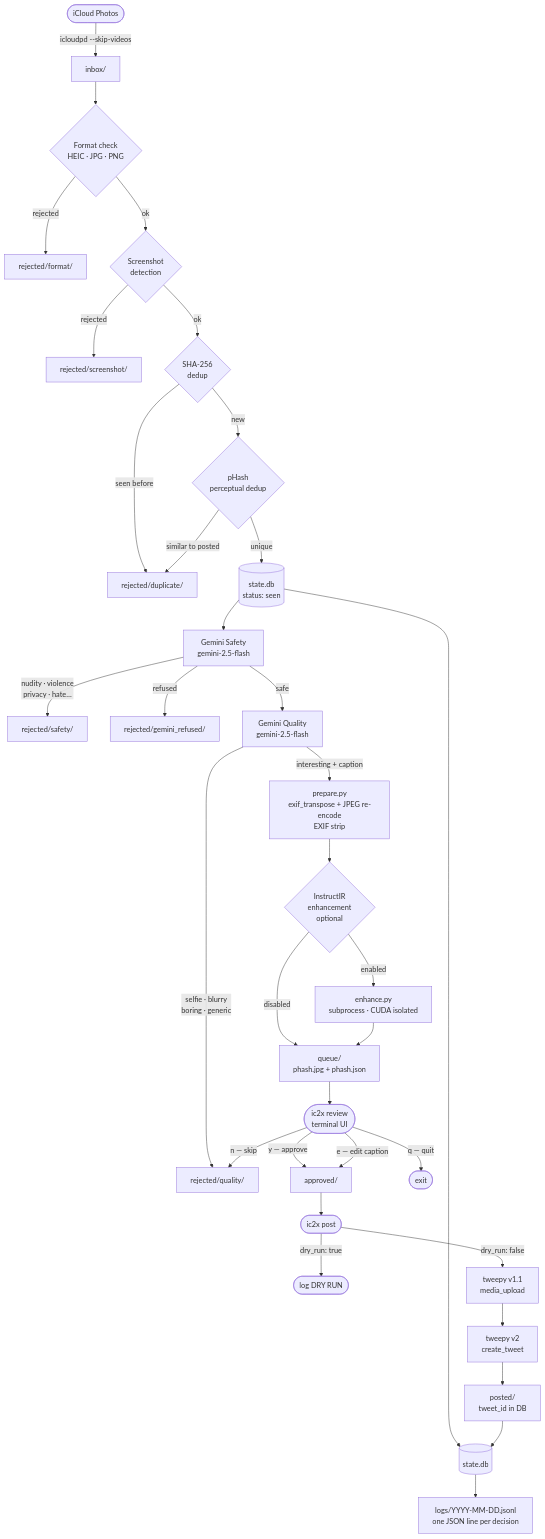
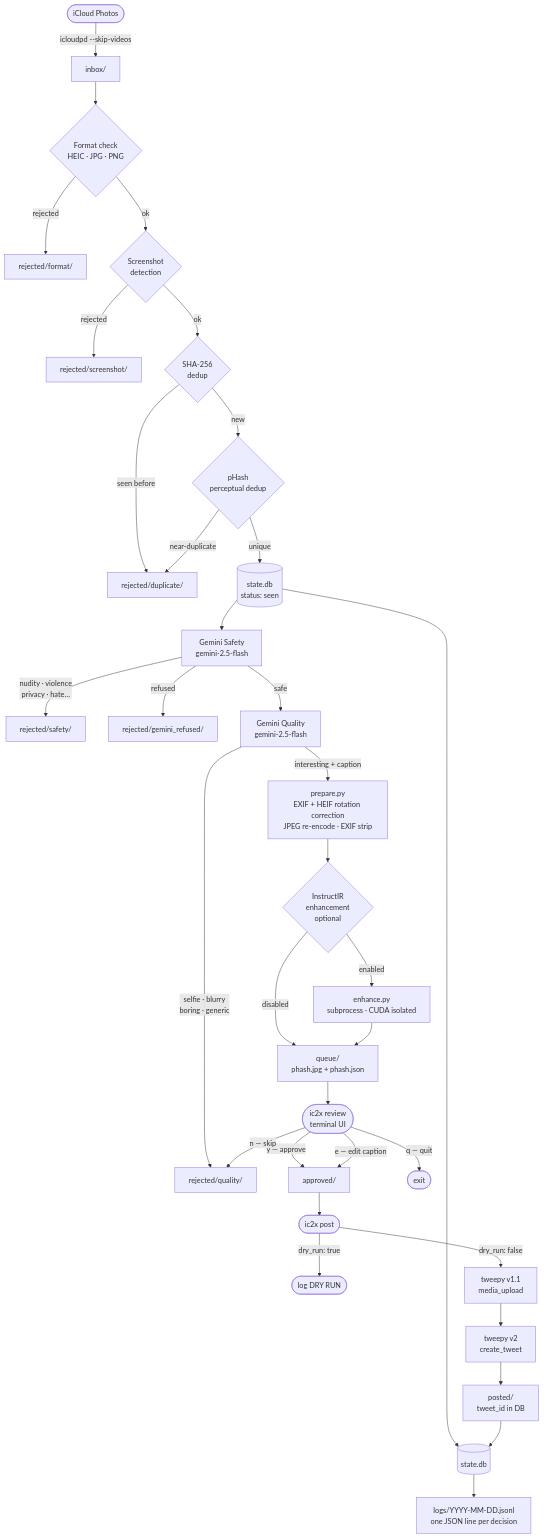
The diagram in README.md (JoschkaKoen/iCloudToXUploader), drawn with Mermaid before and after one commit. The commit also changed other lines of this file and 6 other files, not shown here.

````diff
--- a/README.md
+++ b/README.md
@@ -7,42 +7,42 @@
 ```mermaid
 flowchart TD
     A([iCloud Photos]) -->|icloudpd --skip-videos| B[inbox/]
 
     B --> C{Format check\nHEIC · JPG · PNG}
     C -->|rejected| R1[rejected/format/]
     C -->|ok| D{Screenshot\ndetection}
     D -->|rejected| R2[rejected/screenshot/]
     D -->|ok| E{SHA-256\ndedup}
     E -->|seen before| R3[rejected/duplicate/]
     E -->|new| F{pHash\nperceptual dedup}
-    F -->|similar to posted| R3
+    F -->|near-duplicate| R3
     F -->|unique| G[(state.db\nstatus: seen)]
 
     G --> H[Gemini Safety\ngemini-2.5-flash]
     H -->|nudity · violence\nprivacy · hate…| R4[rejected/safety/]
     H -->|refused| R5[rejected/gemini_refused/]
     H -->|safe| I[Gemini Quality\ngemini-2.5-flash]
     I -->|selfie · blurry\nboring · generic| R6[rejected/quality/]
-    I -->|interesting + caption| J[prepare.py\nexif_transpose + JPEG re-encode\nEXIF strip]
+    I -->|interesting + caption| J[prepare.py\nEXIF + HEIF rotation correction\nJPEG re-encode · EXIF strip]
 
     J --> K{InstructIR\nenhancement\noptional}
     K -->|enabled| L[enhance.py\nsubprocess · CUDA isolated]
     K -->|disabled| M
     L --> M[queue/\nphash.jpg + phash.json]
 
     M --> N([ic2x review\nterminal UI])
     N -->|y — approve| O[approved/]
     N -->|n — skip| R6
     N -->|e — edit caption| O
     N -->|q — quit| EXIT([exit])
 
     O --> P([ic2x post])
     P -->|dry_run: true| LOG([log DRY RUN])
     P -->|dry_run: false| Q[tweepy v1.1\nmedia_upload]
     Q --> R[tweepy v2\ncreate_tweet]
     R --> S[posted/\ntweet_id in DB]
 
     G --> DB[(state.db)]
     S --> DB
     DB --> LOGS[logs/YYYY-MM-DD.jsonl\none JSON line per decision]
 ```
````
